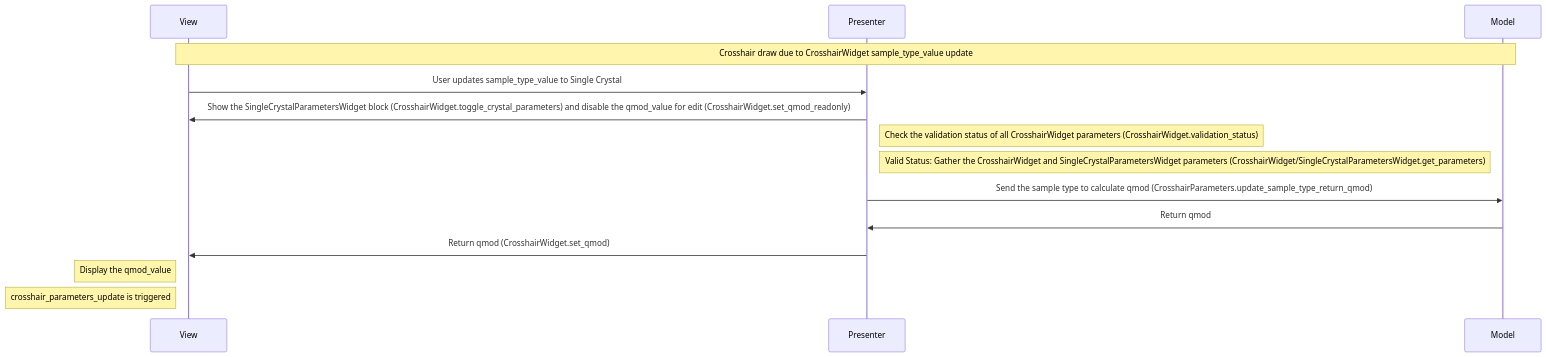
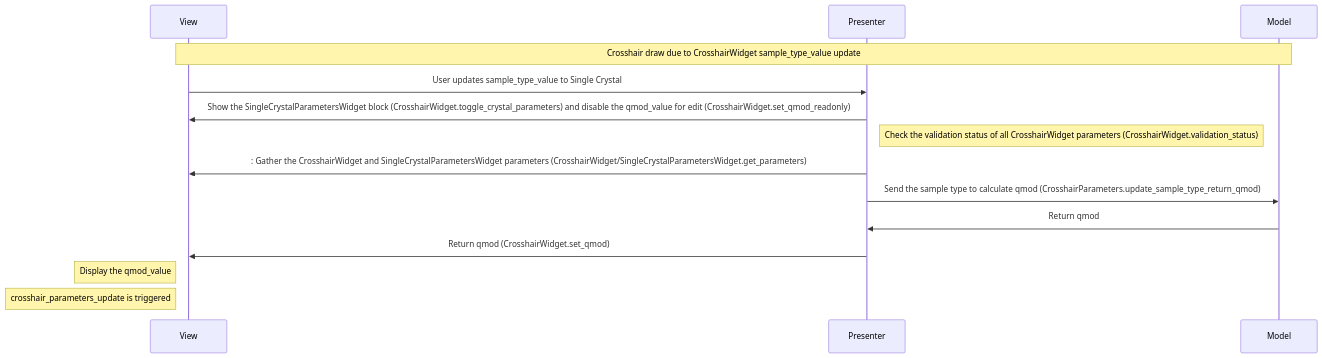
Before and after one commit to neutrons/hyspecppt: diagram 11 of 13 in docs/source/design/hyspecpptclasses.rst, drawn with Mermaid. The commit also changed other lines of this file, not shown here.

Commit message:
workflow presenter -view connections update

```diff
--- a/docs/source/design/hyspecpptclasses.rst
+++ b/docs/source/design/hyspecpptclasses.rst
@@ -541,17 +556,17 @@
             .. mermaid::
 
                 sequenceDiagram
                     participant View
                     participant Presenter
                     participant Model
 
                     Note over View,Model: Crosshair draw due to CrosshairWidget sample_type_value update
                     View->>Presenter: User updates sample_type_value to Single Crystal
                     Presenter->>View: Show the SingleCrystalParametersWidget block (CrosshairWidget.toggle_crystal_parameters) and disable the qmod_value for edit (CrosshairWidget.set_qmod_readonly)
                     Note right of Presenter: Check the validation status of all CrosshairWidget parameters (CrosshairWidget.validation_status)
-                    Note right of Presenter: Valid Status: Gather the CrosshairWidget and SingleCrystalParametersWidget parameters (CrosshairWidget/SingleCrystalParametersWidget.get_parameters)
+                    Presenter->>View:: Gather the CrosshairWidget and SingleCrystalParametersWidget parameters (CrosshairWidget/SingleCrystalParametersWidget.get_parameters)
                     Presenter->>Model: Send the sample type to calculate qmod (CrosshairParameters.update_sample_type_return_qmod)
                     Model->>Presenter: Return qmod
                     Presenter->>View: Return qmod (CrosshairWidget.set_qmod)
                     Note left of View: Display the qmod_value
                     Note left of View: crosshair_parameters_update is triggered
```
